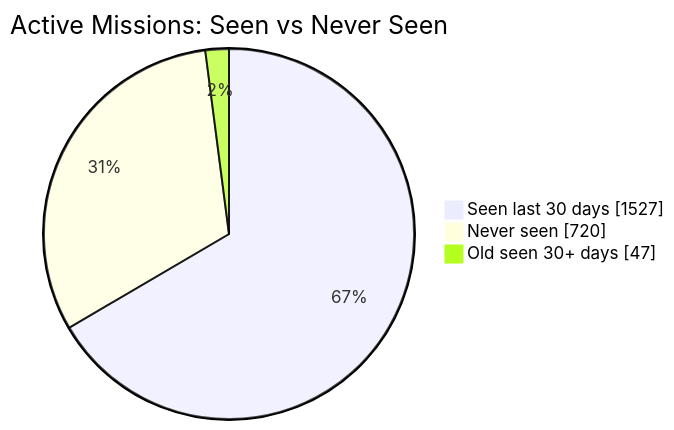
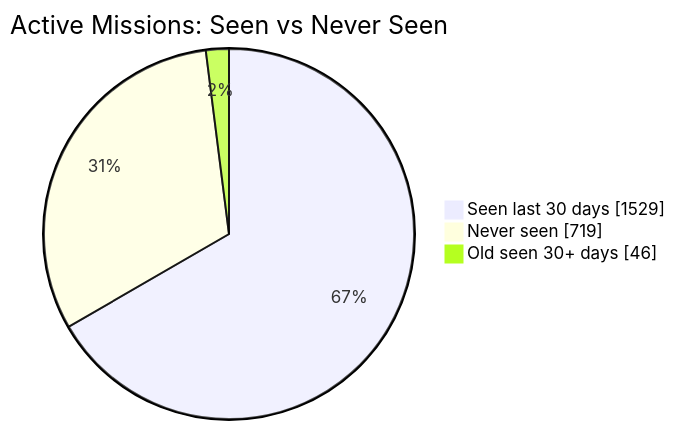
The first of 2 diagrams in README.md (MeldkamerspelGameTeam/active-missions), drawn with Mermaid before and after one commit. The commit also changed other lines of this file and 3 other files, not shown here.

````diff
--- a/README.md
+++ b/README.md
@@ -34,7 +34,7 @@
 ```mermaid
 pie showData
     title Active Missions: Seen vs Never Seen
-    "Seen last 30 days" : 1527
-    "Never seen" : 720
-    "Old seen 30+ days" : 47
+    "Seen last 30 days" : 1529
+    "Never seen" : 719
+    "Old seen 30+ days" : 46
 ```
````
